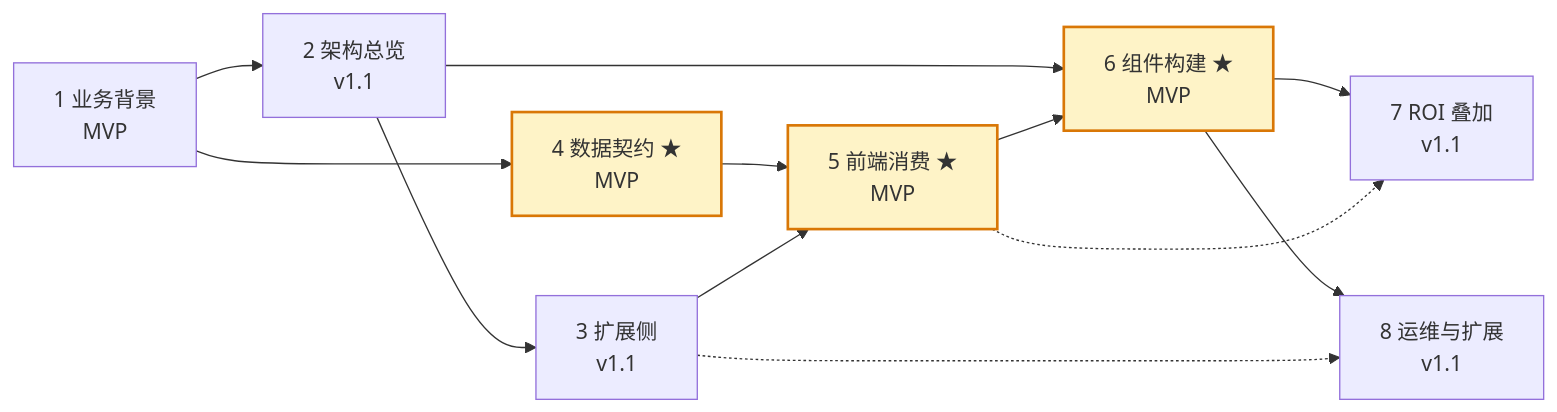
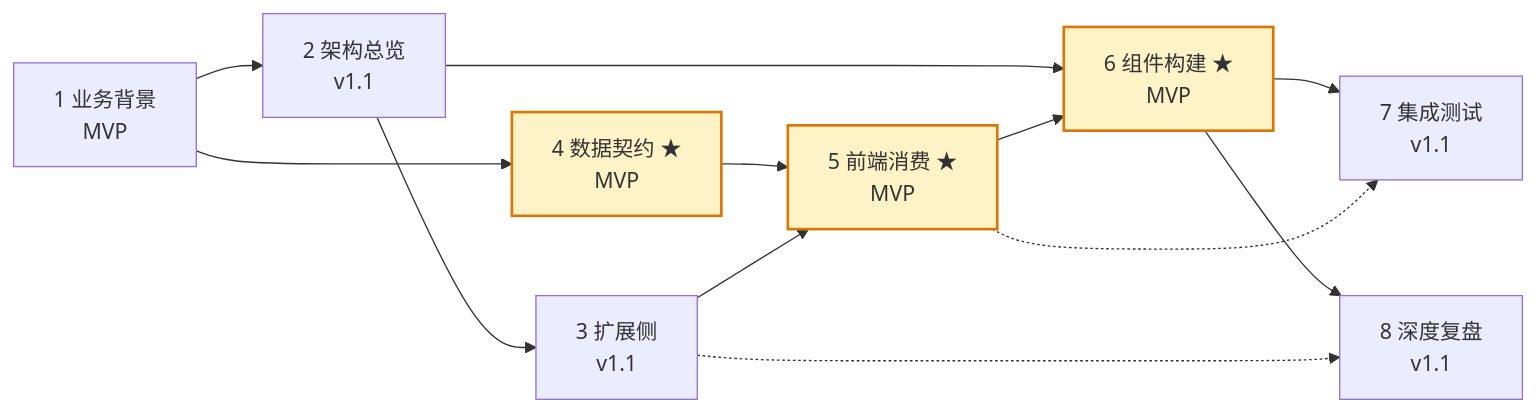
Before and after one commit to luommy/wiki-documents: the diagram in docs/0-neomind/developer-guide/case-studies/7-ne101-camera-component/index.md, drawn with Mermaid. The commit also changed other lines of this file and 20 other files, not shown here.

````diff
--- a/docs/0-neomind/developer-guide/case-studies/7-ne101-camera-component/index.md
+++ b/docs/0-neomind/developer-guide/case-studies/7-ne101-camera-component/index.md
@@ -81,26 +81,26 @@
 ```mermaid
 graph LR
     BG["1 业务背景<br/>MVP"]
     ARCH["2 架构总览<br/>v1.1"]
     EXT["3 扩展侧<br/>v1.1"]
     DATA["4 数据契约 ★<br/>MVP"]
     FE["5 前端消费 ★<br/>MVP"]
     BUILD["6 组件构建 ★<br/>MVP"]
-    ROI["7 ROI 叠加<br/>v1.1"]
-    OPS["8 运维与扩展<br/>v1.1"]
+    ROI["7 集成测试<br/>v1.1"]
+    OPS["8 深度复盘<br/>v1.1"]
 
     BG --> ARCH
     BG --> DATA
     ARCH --> EXT
     ARCH --> BUILD
     DATA --> FE
     EXT --> FE
     FE --> BUILD
     BUILD --> ROI
     BUILD --> OPS
     FE -.-> ROI
     EXT -.-> OPS
 
     classDef mvp fill:#fef3c7,stroke:#d97706,stroke-width:2px
     class DATA,FE,BUILD mvp
 ```
````
